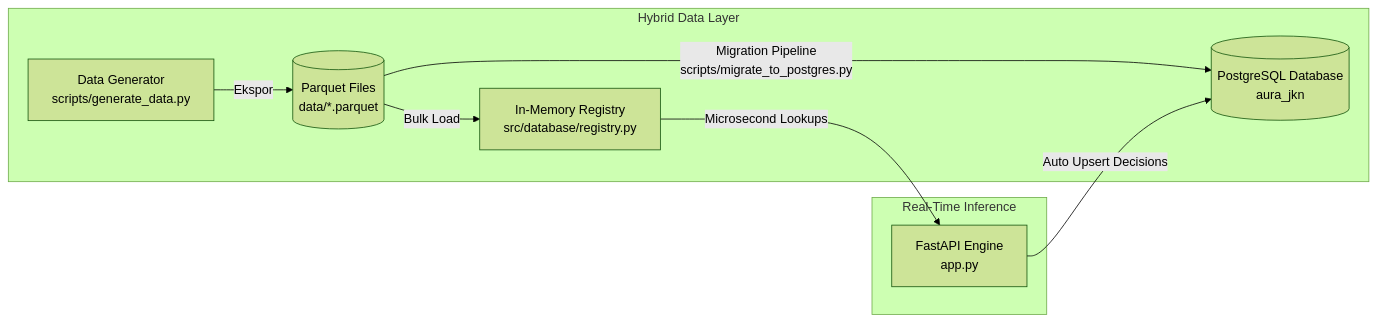
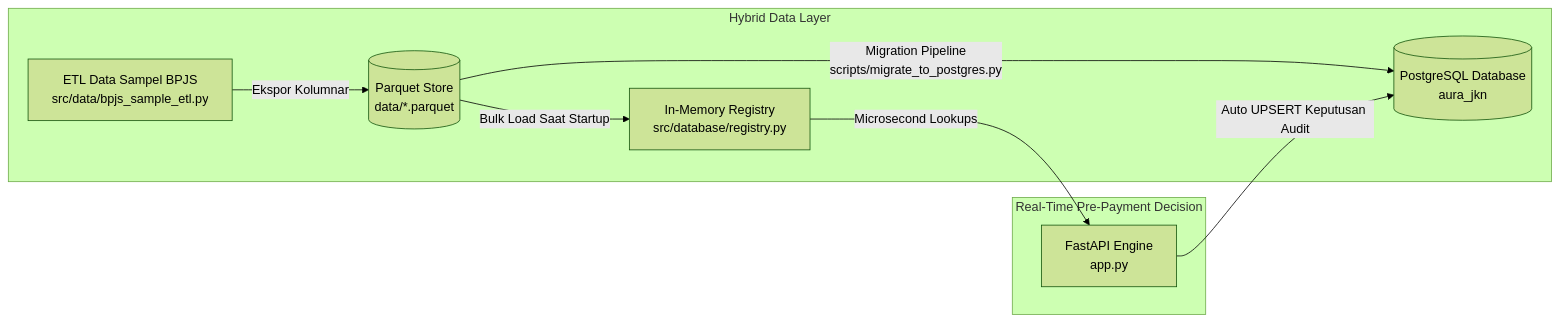
One commit to faiz-jihad/Healthkathon-BPJS-KESEHATAN changed the first of 2 diagrams in docs/MIGRATION_GUIDE.md. Above: the diagram before and after it, drawn with Mermaid (forest theme). The commit also changed other lines of this file and 23 other files, not shown here.

````diff
--- a/docs/MIGRATION_GUIDE.md
+++ b/docs/MIGRATION_GUIDE.md
@@ -23,13 +28,13 @@
 ```mermaid
 flowchart LR
-    subgraph Storage_Layer [Hybrid Data Layer]
-        P[Data Generator<br/>scripts/generate_data.py] -->|Ekspor| PQ[(Parquet Files<br/>data/*.parquet)]
-        PQ -->|Bulk Load| REG[In-Memory Registry<br/>src/database/registry.py]
-        PQ -->|Migration Pipeline<br/>scripts/migrate_to_postgres.py| PG[(PostgreSQL Database<br/>aura_jkn)]
+    subgraph Storage_Layer ["Hybrid Data Layer"]
+        P["ETL Data Sampel BPJS<br/>src/data/bpjs_sample_etl.py"] -->|Ekspor Kolumnar| PQ[("Parquet Store<br/>data/*.parquet")]
+        PQ -->|Bulk Load Saat Startup| REG["In-Memory Registry<br/>src/database/registry.py"]
+        PQ -->|Migration Pipeline<br/>scripts/migrate_to_postgres.py| PG[("PostgreSQL Database<br/>aura_jkn")]
     end
 
-    subgraph Service_Layer [Real-Time Inference]
-        REG -->|Microsecond Lookups| API[FastAPI Engine<br/>app.py]
-        API -->|Auto Upsert Decisions| PG
+    subgraph Service_Layer ["Real-Time Pre-Payment Decision"]
+        REG -->|Microsecond Lookups| API["FastAPI Engine<br/>app.py"]
+        API -->|Auto UPSERT Keputusan Audit| PG
     end
 ```
````
